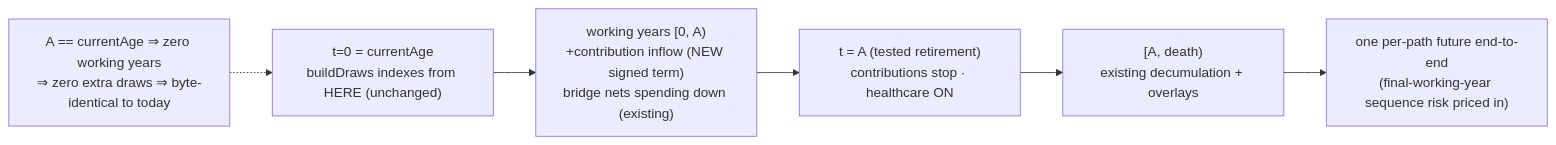
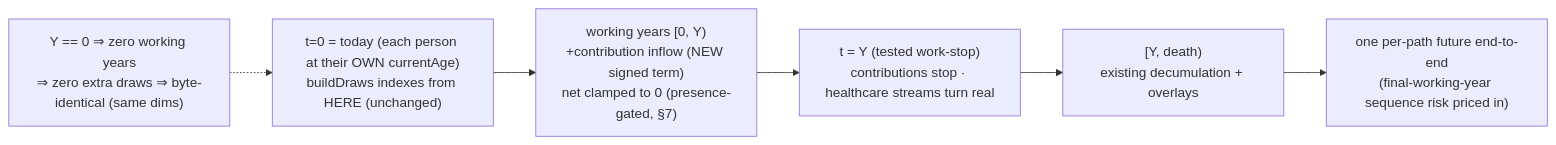
The second of 2 diagrams in projects/the-back-nine/docs/plans/2026-06-08-001-feat-fuck-off-date-accumulation-plan.md (mbriggsy/ai-learning-journey), drawn with Mermaid before and after one commit. The commit also changed other lines of this file, not shown here.

````diff
--- a/projects/the-back-nine/docs/plans/2026-06-08-001-feat-fuck-off-date-accumulation-plan.md
+++ b/projects/the-back-nine/docs/plans/2026-06-08-001-feat-fuck-off-date-accumulation-plan.md
@@ -184,9 +171,9 @@
 ```mermaid
 flowchart LR
-    T0["t=0 = currentAge<br/>buildDraws indexes from HERE (unchanged)"]
-    T0 --> ACCY["working years [0, A)<br/>+contribution inflow (NEW signed term)<br/>bridge nets spending down (existing)"]
-    ACCY --> RET["t = A (tested retirement)<br/>contributions stop · healthcare ON"]
-    RET --> DECY["[A, death)<br/>existing decumulation + overlays"]
+    T0["t=0 = today (each person at their OWN currentAge)<br/>buildDraws indexes from HERE (unchanged)"]
+    T0 --> ACCY["working years [0, Y)<br/>+contribution inflow (NEW signed term)<br/>net clamped to 0 (presence-gated, §7)"]
+    ACCY --> RET["t = Y (tested work-stop)<br/>contributions stop · healthcare streams turn real"]
+    RET --> DECY["[Y, death)<br/>existing decumulation + overlays"]
     DECY --> END["one per-path future end-to-end<br/>(final-working-year sequence risk priced in)"]
-    EMPTY["A == currentAge ⇒ zero working years<br/>⇒ zero extra draws ⇒ byte-identical to today"] -.-> T0
+    EMPTY["Y == 0 ⇒ zero working years<br/>⇒ zero extra draws ⇒ byte-identical (same dims)"] -.-> T0
 ```
````
